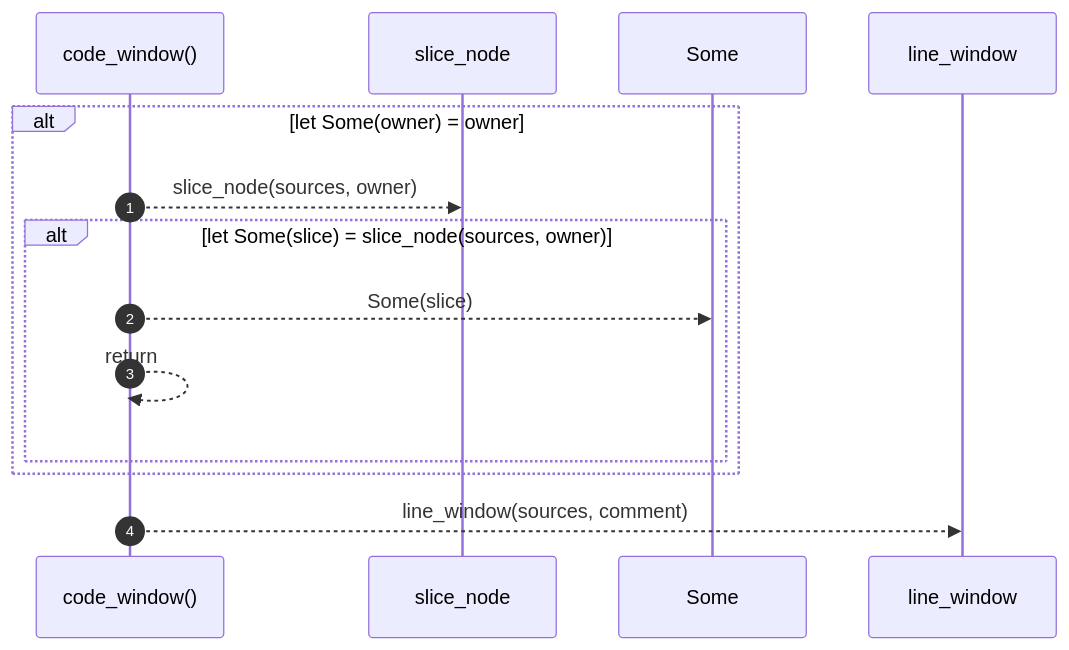
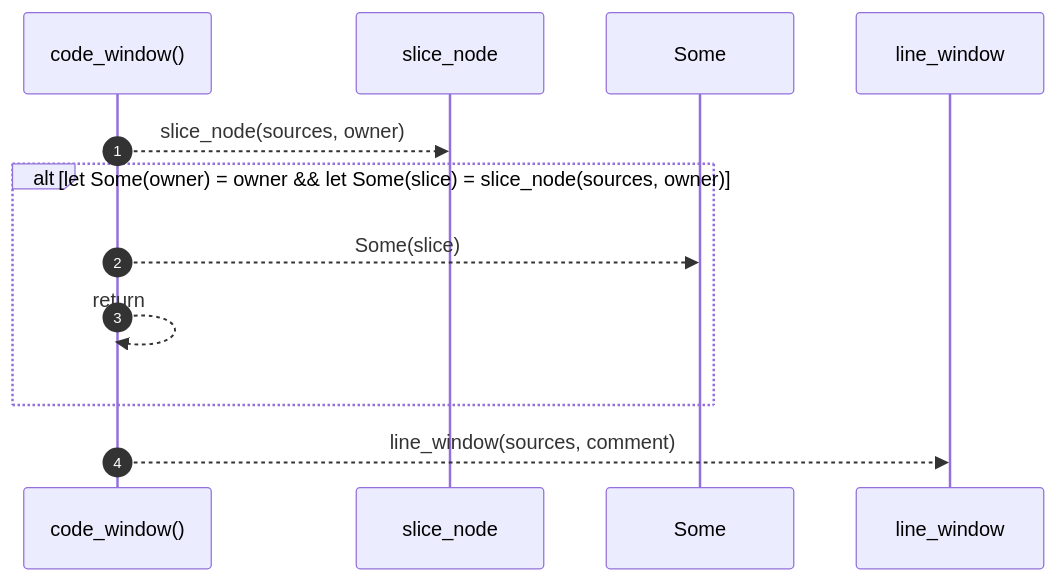
One commit to RyanGuild/self-describing-code changed the diagram in .robby/diagrams/seq-rust-robby-render-view-comments-code-window.mmd. Above: the diagram before and after it, drawn with Mermaid. The commit also changed 747 other files, not shown here.

```diff
--- a/.robby/diagrams/seq-rust-robby-render-view-comments-code-window.mmd
+++ b/.robby/diagrams/seq-rust-robby-render-view-comments-code-window.mmd
@@ -1,14 +1,12 @@
 sequenceDiagram
     autonumber
     participant code_window as code_window()
     participant slice_node as slice_node
     participant Some as Some
     participant line_window as line_window
-    alt let Some(owner) = owner
     code_window-->>slice_node: slice_node(sources, owner)
-    alt let Some(slice) = slice_node(sources, owner)
+    alt let Some(owner) = owner && let Some(slice) = slice_node(sources, owner)
     code_window-->>Some: Some(slice)
     code_window-->>code_window: return
     end
-    end
     code_window-->>line_window: line_window(sources, comment)
```
